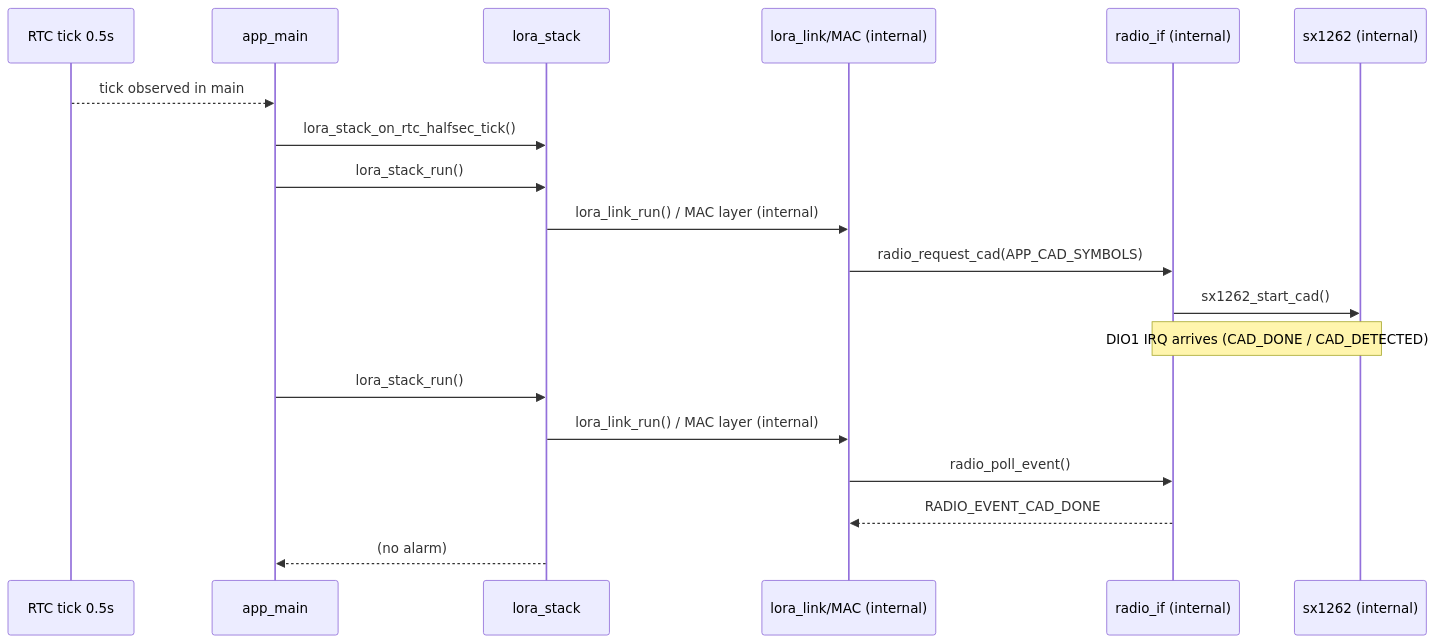
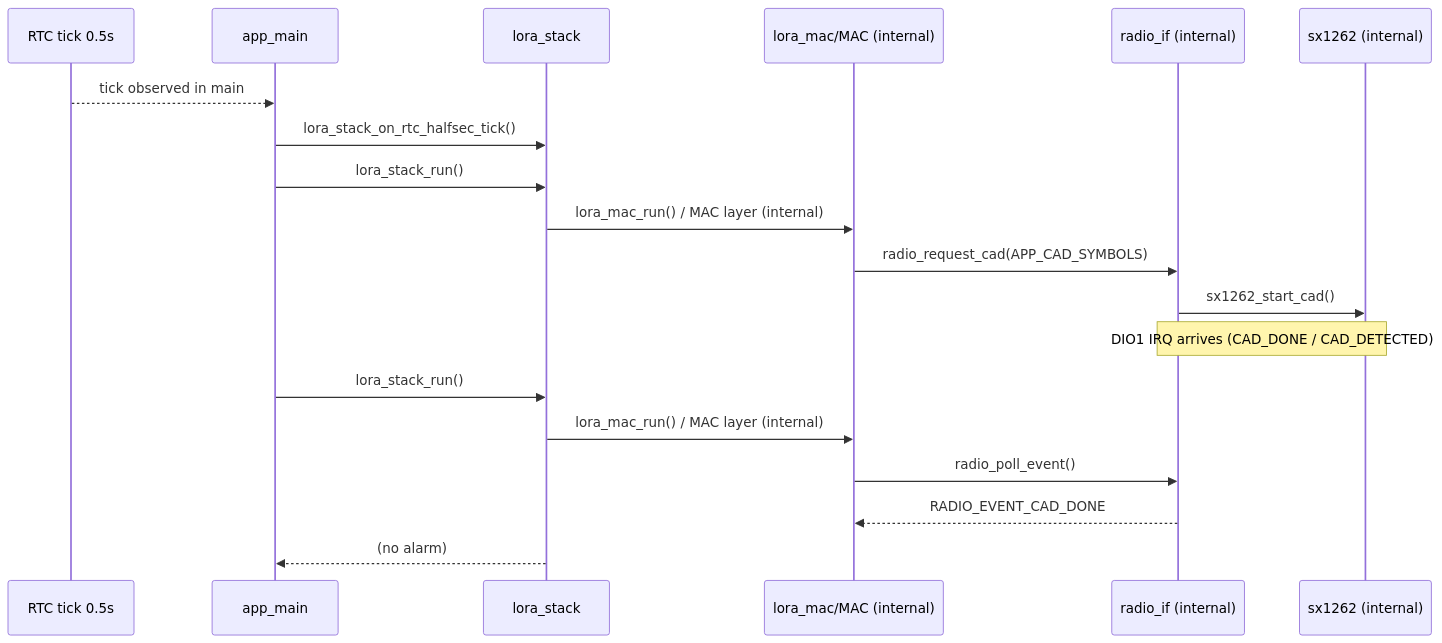
Before and after one commit to vuvantruong120896/emic_lora_protocol: the fourth of 11 diagrams in EMIC_LORA_PROTOCOL/docs/main_runtime_flow.md, drawn with Mermaid. The commit also changed other lines of this file and 15 other files, not shown here.

````diff
--- a/EMIC_LORA_PROTOCOL/docs/main_runtime_flow.md
+++ b/EMIC_LORA_PROTOCOL/docs/main_runtime_flow.md
@@ -213,23 +213,23 @@
 ```mermaid
 sequenceDiagram
   participant RTC as RTC tick 0.5s
   participant APP as app_main
   participant STACK as lora_stack
-  participant MAC as lora_link/MAC (internal)
+  participant MAC as lora_mac/MAC (internal)
   participant RADIO as radio_if (internal)
   participant SX as sx1262 (internal)
 
   RTC-->>APP: tick observed in main
   APP->>STACK: lora_stack_on_rtc_halfsec_tick()
   APP->>STACK: lora_stack_run()
-  STACK->>MAC: lora_link_run() / MAC layer (internal)
+  STACK->>MAC: lora_mac_run() / MAC layer (internal)
   MAC->>RADIO: radio_request_cad(APP_CAD_SYMBOLS)
   RADIO->>SX: sx1262_start_cad()
 
   Note over SX,RADIO: DIO1 IRQ arrives (CAD_DONE / CAD_DETECTED)
   APP->>STACK: lora_stack_run()
-  STACK->>MAC: lora_link_run() / MAC layer (internal)
+  STACK->>MAC: lora_mac_run() / MAC layer (internal)
   MAC->>RADIO: radio_poll_event()
   RADIO-->>MAC: RADIO_EVENT_CAD_DONE
   STACK-->>APP: (no alarm)
 ```
````
